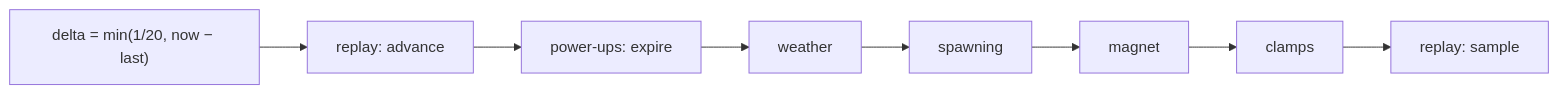
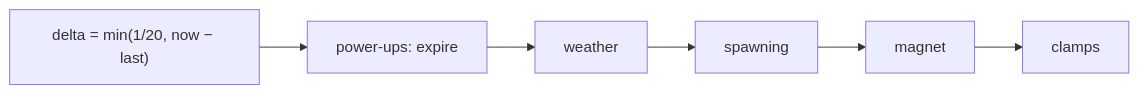
Before and after one commit to hoangsonww/Flappy-Bird-Game: the second of 2 diagrams in docs/PERFORMANCE.md, drawn with Mermaid. The commit also changed other lines of this file and 43 other files, not shown here.

````diff
--- a/docs/PERFORMANCE.md
+++ b/docs/PERFORMANCE.md
@@ -85,10 +85,8 @@
 ```mermaid
 flowchart LR
-    A["delta = min(1/20, now − last)"] --> B["replay: advance"]
-    B --> C["power-ups: expire"]
+    A["delta = min(1/20, now − last)"] --> C["power-ups: expire"]
     C --> D["weather"]
     D --> E["spawning"]
     E --> F["magnet"]
     F --> G["clamps"]
-    G --> H["replay: sample"]
 ```
````
